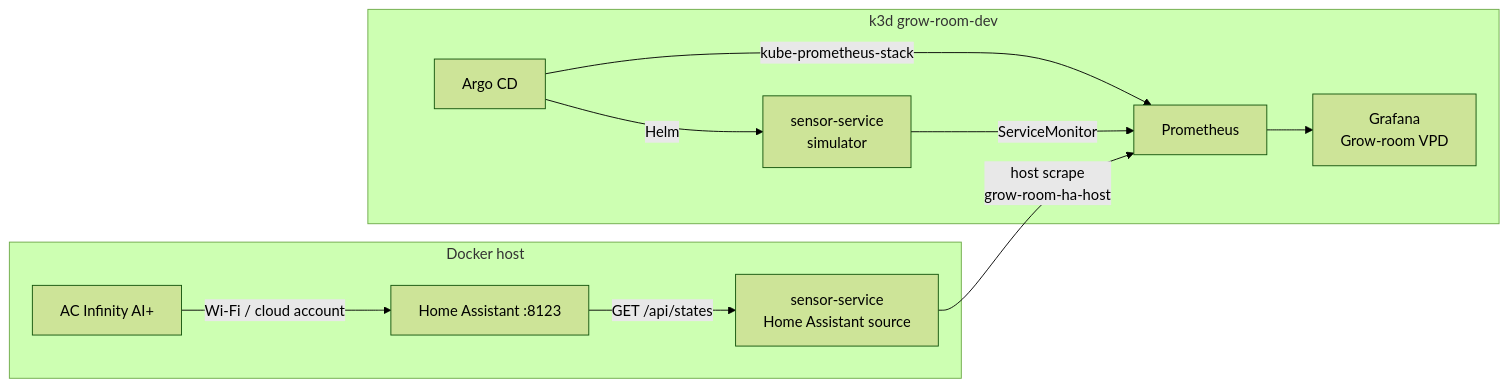
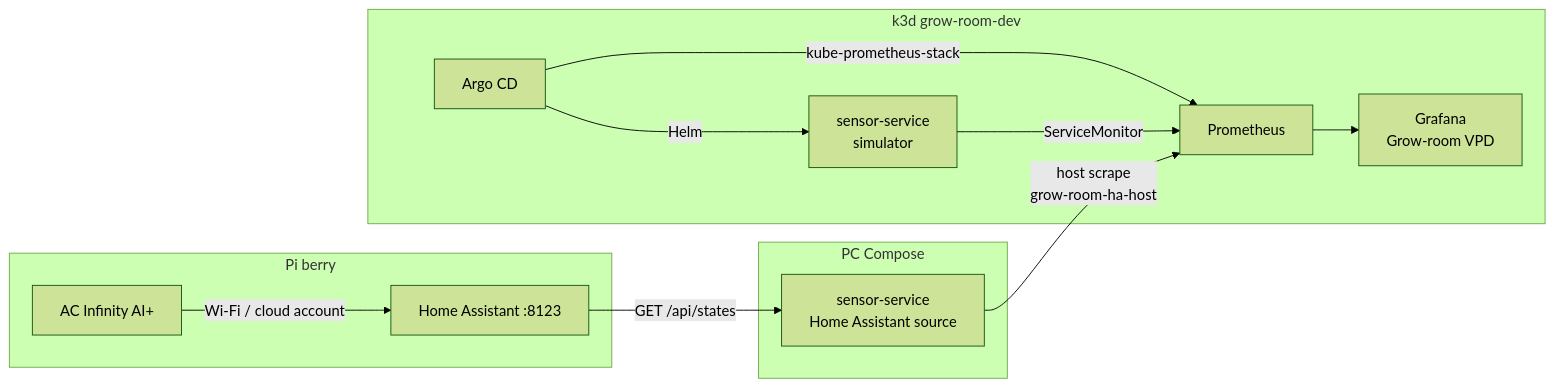
One commit to TontoBlanco/grow-room-platform changed the first of 3 diagrams in docs/CAPSTONE.md. Above: the diagram before and after it, drawn with Mermaid (forest theme). The commit also changed other lines of this file and 22 other files, not shown here.

````diff
--- a/docs/CAPSTONE.md
+++ b/docs/CAPSTONE.md
@@ -73,14 +73,16 @@
 ```mermaid
 flowchart LR
-  subgraph edge [Docker host]
+  subgraph edge [Pi berry]
     ACI["AC Infinity AI+"] -->|Wi-Fi / cloud account| HA["Home Assistant :8123"]
+  end
+  subgraph pc [PC Compose]
     HA -->|"GET /api/states"| CS["sensor-service<br/>Home Assistant source"]
   end
   subgraph cluster [k3d grow-room-dev]
     ARGO[Argo CD] -->|Helm| SIM["sensor-service<br/>simulator"]
     ARGO -->|kube-prometheus-stack| PROM[Prometheus]
     SIM -->|ServiceMonitor| PROM
     PROM --> GRAF["Grafana<br/>Grow-room VPD"]
   end
   CS -->|"host scrape<br/>grow-room-ha-host"| PROM
 ```
````
